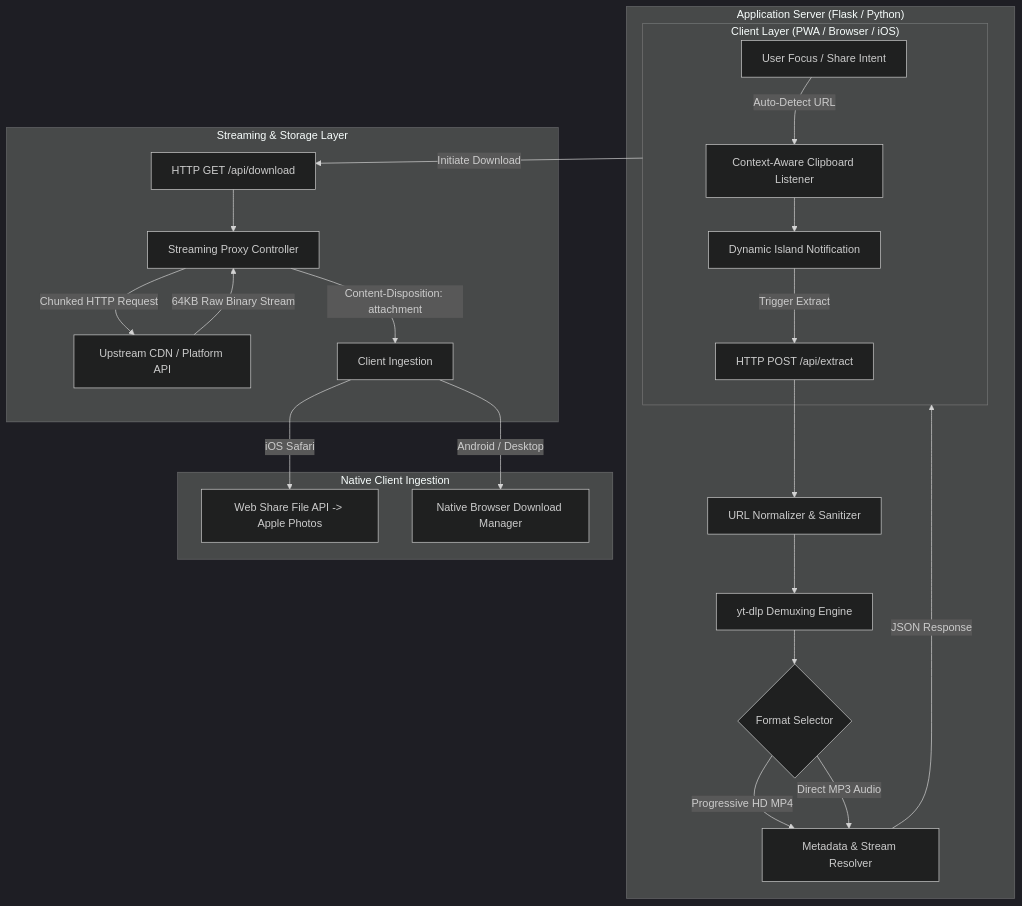
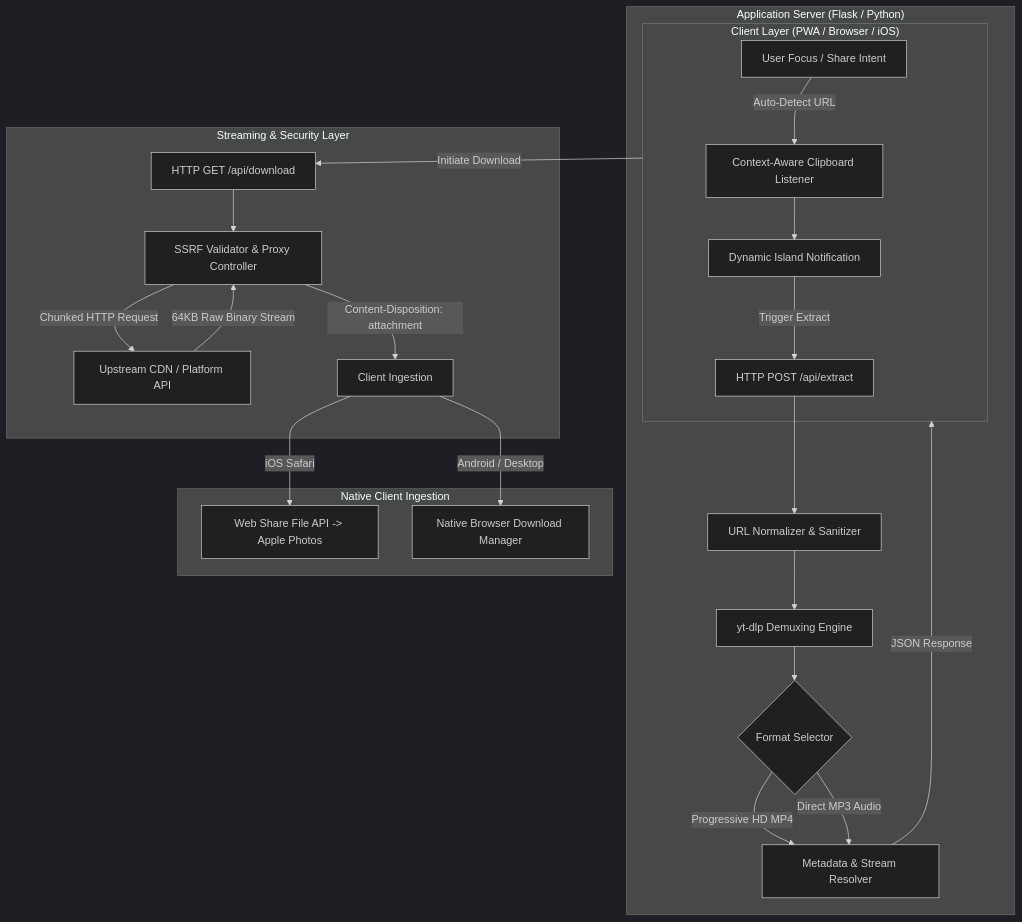
One commit to aswinhub26/AshxStudio changed the diagram in README.md. Above: the diagram before and after it, drawn with Mermaid (dark theme). The commit also changed other lines of this file, not shown here.

````diff
--- a/README.md
+++ b/README.md
@@ -14,30 +31,30 @@
 ```mermaid
 flowchart TD
     subgraph Client ["Client Layer (PWA / Browser / iOS)"]
         A[User Focus / Share Intent] -->|Auto-Detect URL| B[Context-Aware Clipboard Listener]
         B --> C[Dynamic Island Notification]
         C -->|Trigger Extract| D[HTTP POST /api/extract]
     end
 
     subgraph Server ["Application Server (Flask / Python)"]
         D --> E[URL Normalizer & Sanitizer]
         E --> F[yt-dlp Demuxing Engine]
         F --> G{Format Selector}
         G -->|Progressive HD MP4| H[Metadata & Stream Resolver]
         G -->|Direct MP3 Audio| H
         H -->|JSON Response| Client
     end
 
-    subgraph Streaming ["Streaming & Storage Layer"]
+    subgraph Streaming ["Streaming & Security Layer"]
         Client -->|Initiate Download| I[HTTP GET /api/download]
-        I --> J[Streaming Proxy Controller]
+        I --> J[SSRF Validator & Proxy Controller]
         J -->|Chunked HTTP Request| K[Upstream CDN / Platform API]
         K -->|64KB Raw Binary Stream| J
         J -->|Content-Disposition: attachment| L[Client Ingestion]
     end
 
     subgraph Ingestion ["Native Client Ingestion"]
         L -->|iOS Safari| M[Web Share File API -> Apple Photos]
         L -->|Android / Desktop| N[Native Browser Download Manager]
     end
 ```
````
